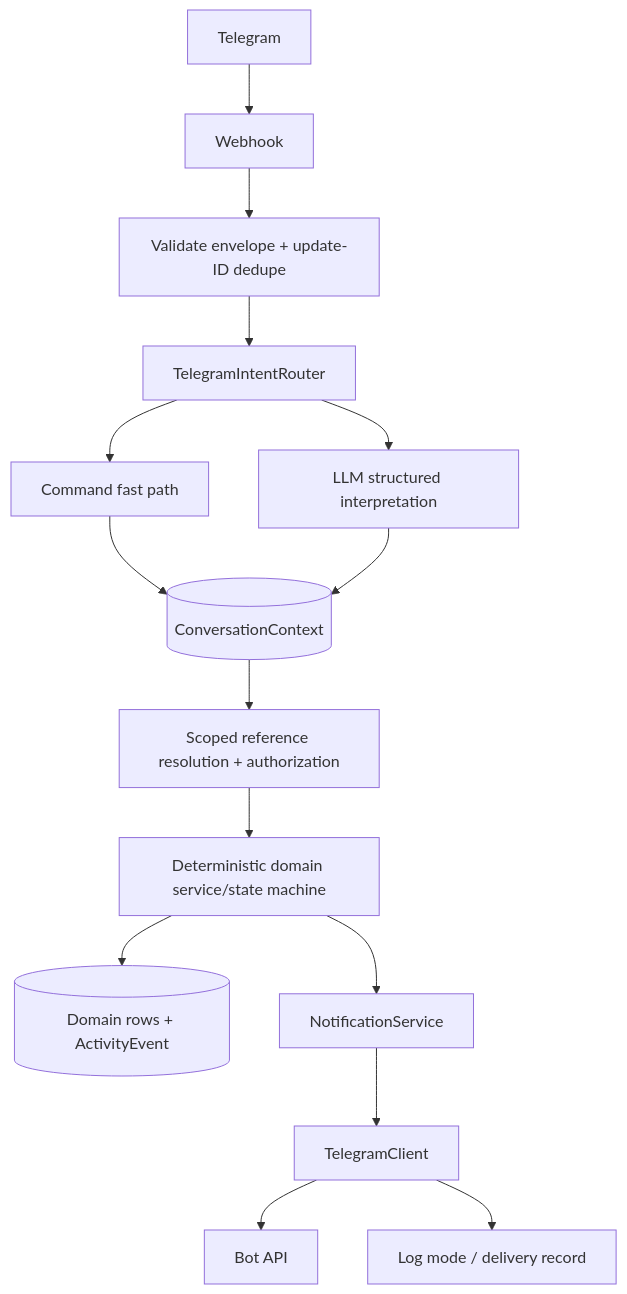
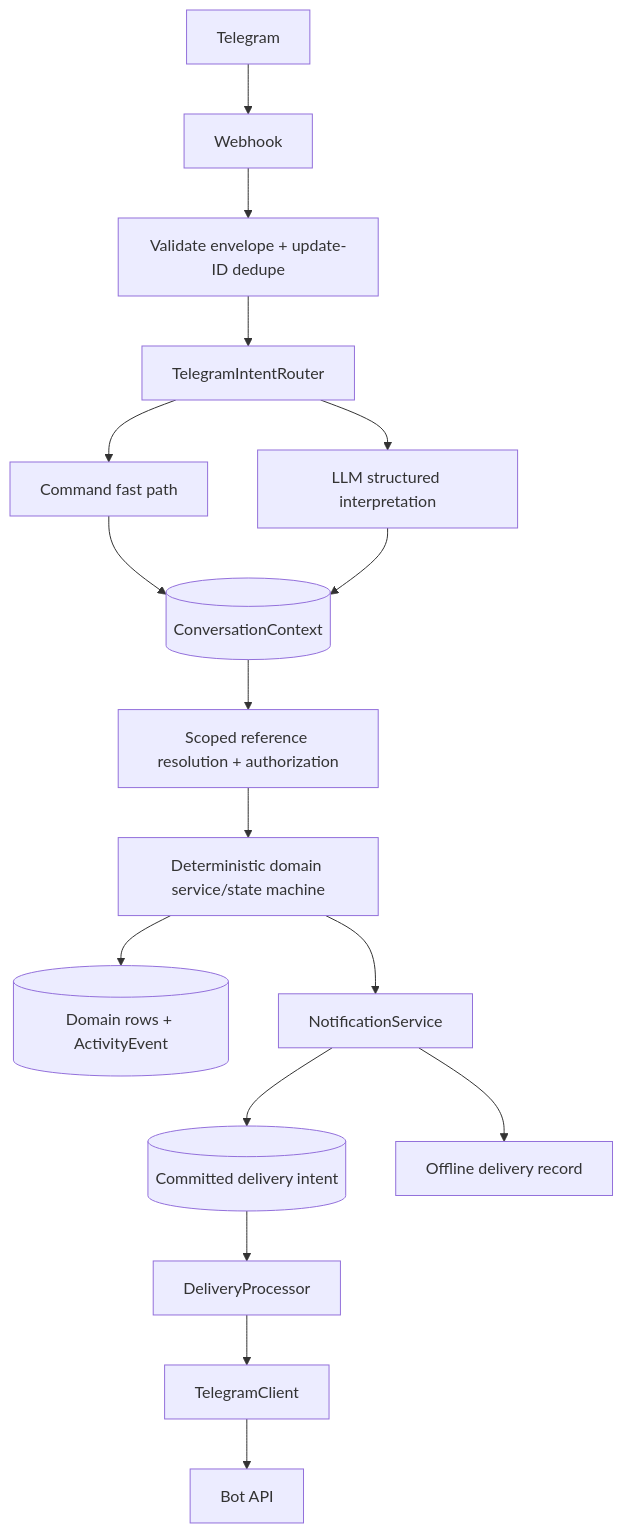
One commit to karthikLagudu/SIM_Class_Relay changed the first of 2 diagrams in ARCHITECTURE.md. Above: the diagram before and after it, drawn with Mermaid. The commit also changed other lines of this file and 4 other files, not shown here.

````diff
--- a/ARCHITECTURE.md
+++ b/ARCHITECTURE.md
@@ -16,17 +16,18 @@
 ```mermaid
 flowchart TD
     Telegram --> Webhook
     Webhook --> Dedupe[Validate envelope + update-ID dedupe]
     Dedupe --> Router[TelegramIntentRouter]
     Router --> Commands[Command fast path]
     Router --> LLM[LLM structured interpretation]
     Commands --> Context[(ConversationContext)]
     LLM --> Context
     Context --> Authorization[Scoped reference resolution + authorization]
     Authorization --> Domain[Deterministic domain service/state machine]
     Domain --> DB[(Domain rows + ActivityEvent)]
     Domain --> NotificationService
-    NotificationService --> TelegramClient
-    TelegramClient --> API[Bot API]
-    TelegramClient --> Log[Log mode / delivery record]
+    NotificationService --> Outbox[(Committed delivery intent)]
+    Outbox --> Dispatcher[DeliveryProcessor]
+    Dispatcher --> TelegramClient --> API[Bot API]
+    NotificationService --> Log[Offline delivery record]
 ```
````
